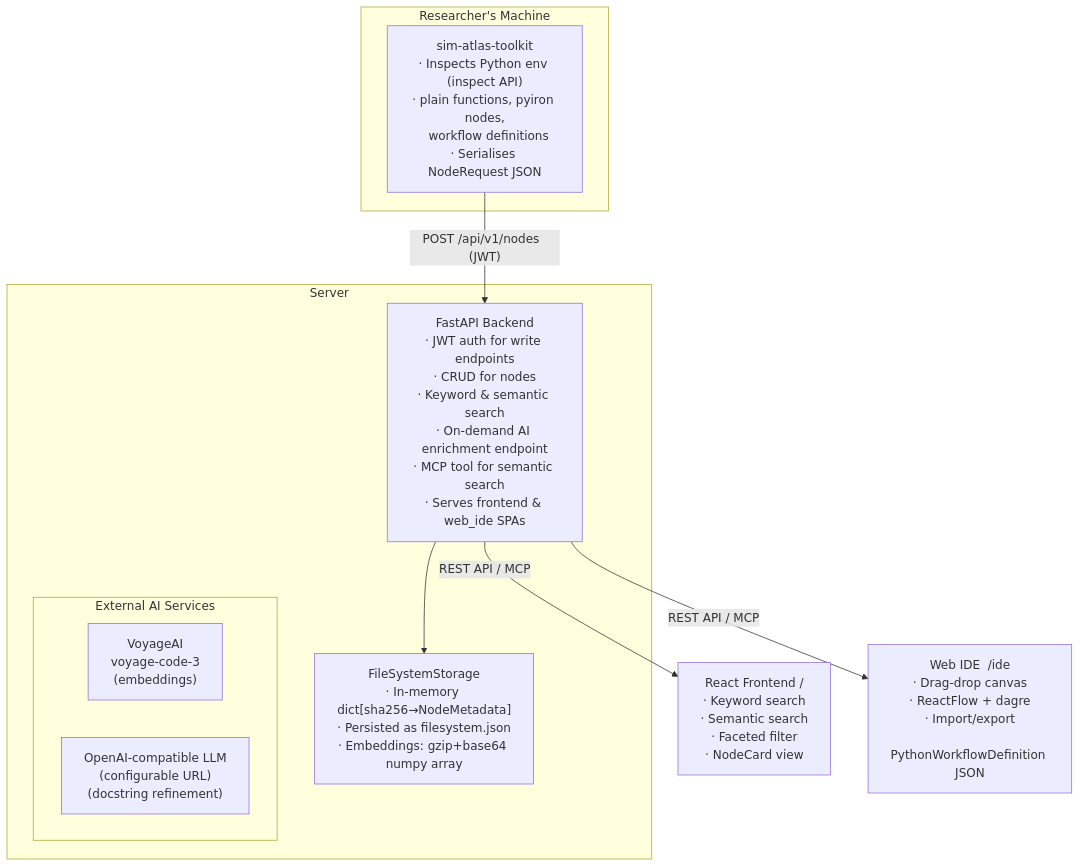
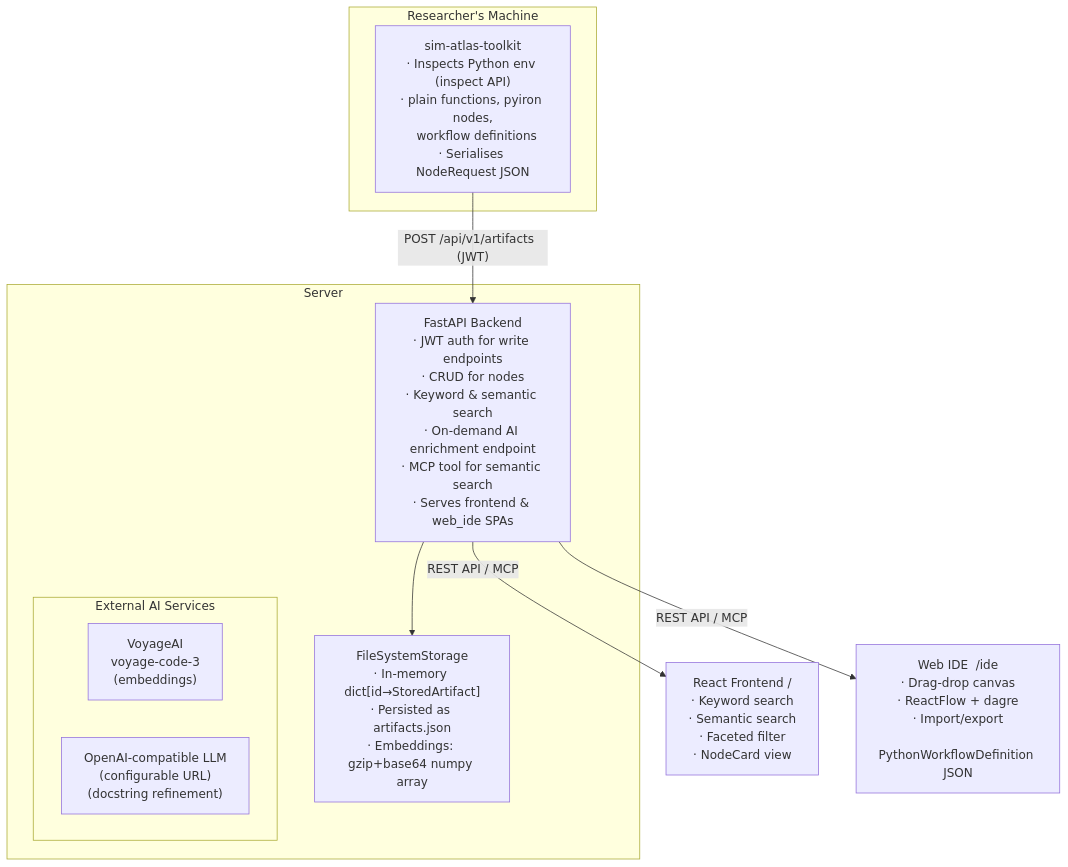
The first of 3 diagrams in docs/architecture.md (XzzX/sim_atlas), drawn with Mermaid before and after one commit. The commit also changed other lines of this file and 1 other file, not shown here.

Commit message:
update diagrams

````diff
--- a/docs/architecture.md
+++ b/docs/architecture.md
@@ -53,23 +53,23 @@
 ```mermaid
 flowchart TD
     subgraph RM["Researcher's Machine"]
         T["sim-atlas-toolkit<br/>· Inspects Python env (inspect API)<br/>· plain functions, pyiron nodes,<br/>  workflow definitions<br/>· Serialises NodeRequest JSON"]
     end
 
     subgraph SRV["Server"]
         B["FastAPI Backend<br/>· JWT auth for write endpoints<br/>· CRUD for nodes<br/>· Keyword & semantic search<br/>· On-demand AI enrichment endpoint<br/>· MCP tool for semantic search<br/>· Serves frontend & web_ide SPAs"]
-        FS["FileSystemStorage<br/>· In-memory dict[sha256→NodeMetadata]<br/>· Persisted as filesystem.json<br/>· Embeddings: gzip+base64 numpy array"]
+        FS["FileSystemStorage<br/>· In-memory dict[id→StoredArtifact]<br/>· Persisted as artifacts.json<br/>· Embeddings: gzip+base64 numpy array"]
         subgraph AI["External AI Services"]
             V["VoyageAI<br/>voyage-code-3<br/>(embeddings)"]
             L["OpenAI-compatible LLM<br/>(configurable URL)<br/>(docstring refinement)"]
         end
     end
 
     F["React Frontend  /<br/>· Keyword search<br/>· Semantic search<br/>· Faceted filter<br/>· NodeCard view"]
     W["Web IDE  /ide<br/>· Drag-drop canvas<br/>· ReactFlow + dagre<br/>· Import/export<br/>  PythonWorkflowDefinition JSON"]
 
-    T -->|"POST /api/v1/nodes  (JWT)"| B
+    T -->|"POST /api/v1/artifacts  (JWT)"| B
     B --> FS
     B -->|"REST API / MCP"| F
     B -->|"REST API / MCP"| W
 ```
````
